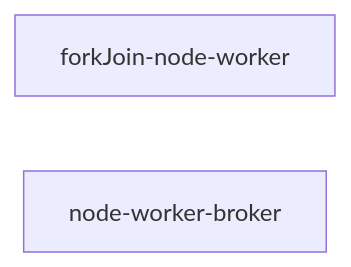
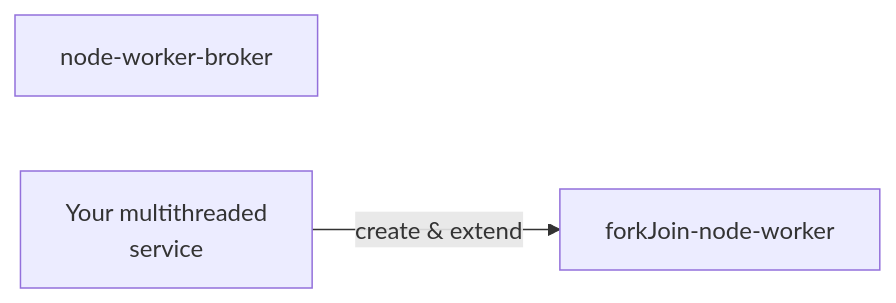
Before and after one commit to liujingbreak/plink: the diagram in main/packages/reactivizer/docs/fork-join.md, drawn with Mermaid. The commit also changed other lines of this file and 139 other files, not shown here.

Commit message:
fix(doc-entry): mermaid diagram

````diff
--- a/main/packages/reactivizer/docs/fork-join.md
+++ b/main/packages/reactivizer/docs/fork-join.md
@@ -4,7 +4,10 @@
 ```mermaid
 flowchart LR
 
-forkJoin-node-worker
-node-worker-broker
+worker[forkJoin-node-worker]
+broker[node-worker-broker]
+target[Your multithreaded <br>service]
+
+target-->|"create & extend"|worker
 
 ```
````
